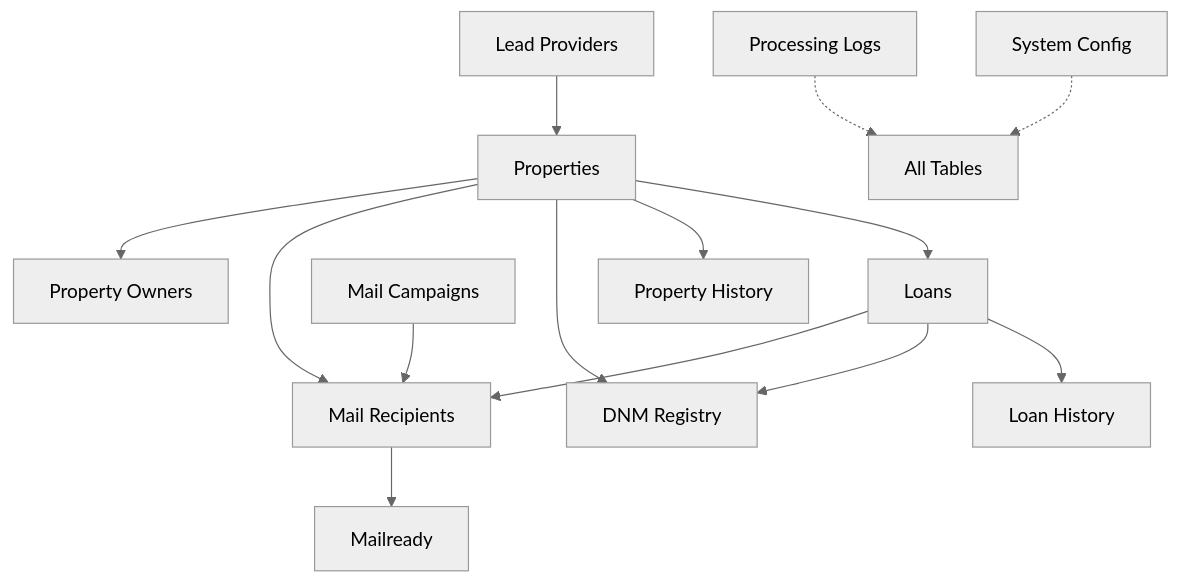
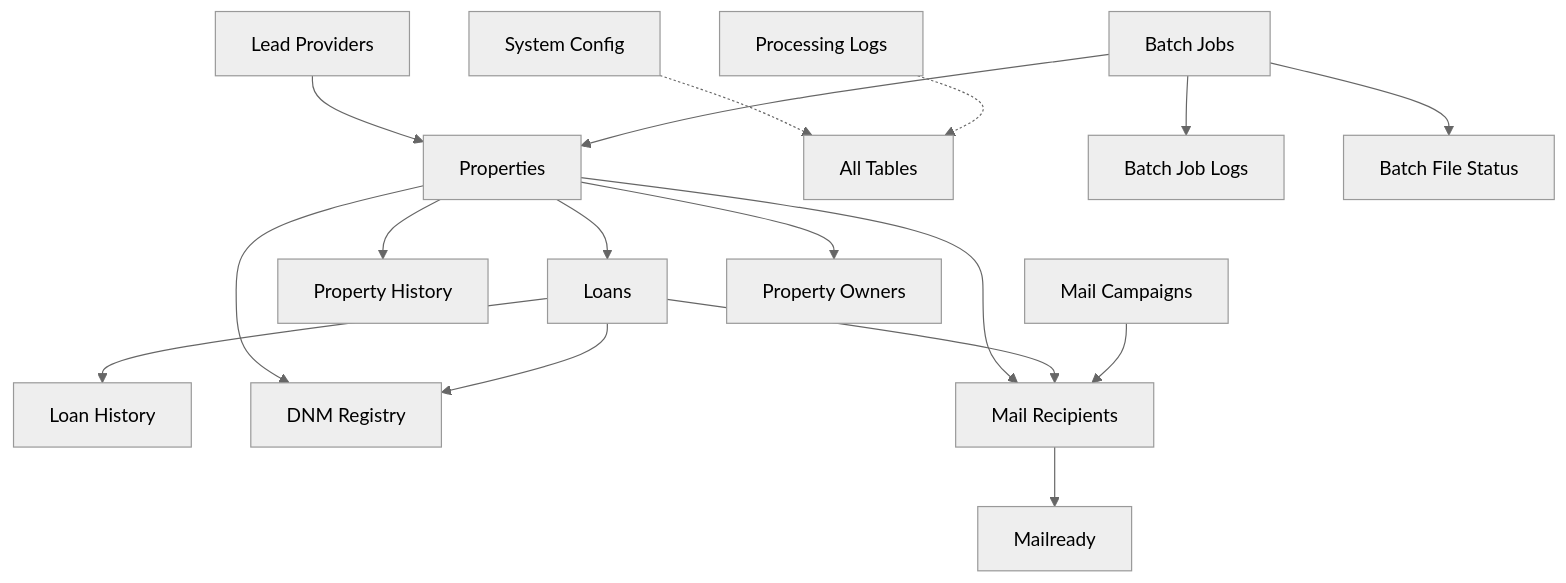
One commit to sboggsEHL/Mail_Machine changed the second of 2 diagrams in memory-bank/systemPatterns.md. Above: the diagram before and after it, drawn with Mermaid (neutral theme). The commit also changed other lines of this file and 49 other files, not shown here.

````diff
--- a/memory-bank/systemPatterns.md
+++ b/memory-bank/systemPatterns.md
@@ -20,16 +26,19 @@
 ```mermaid
 graph TD
     A[Properties] --> B[Loans]
     A --> C[Property History]
     B --> D[Loan History]
     A --> E[DNM Registry]
     B --> E
     A --> F[Mail Recipients]
     B --> F
     G[Mail Campaigns] --> F
     F --> H[Mailready]
     I[System Config] -.-> All[All Tables]
     J[Processing Logs] -.-> All
     A --> K[Property Owners]
     L[Lead Providers] --> A
+    M[Batch Jobs] --> N[Batch Job Logs]
+    M --> O[Batch File Status]
+    M --> A
 ```
````
